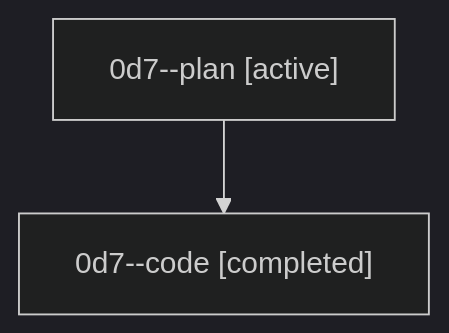
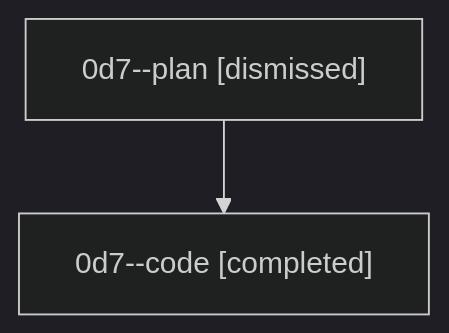
The diagram in sessions/bbugyi200.athena.0d7.md (sase-org/sase--agents), drawn with Mermaid (dark theme) before and after one commit. The commit also changed other lines of this file and 11 other files, not shown here.

````diff
--- a/sessions/bbugyi200.athena.0d7.md
+++ b/sessions/bbugyi200.athena.0d7.md
@@ -9,6 +9,6 @@
 ```mermaid
 flowchart TD
-  n0["0d7--plan [active]"]
+  n0["0d7--plan [dismissed]"]
   n1["0d7--code [completed]"]
   n0 --> n1
 ```
````
